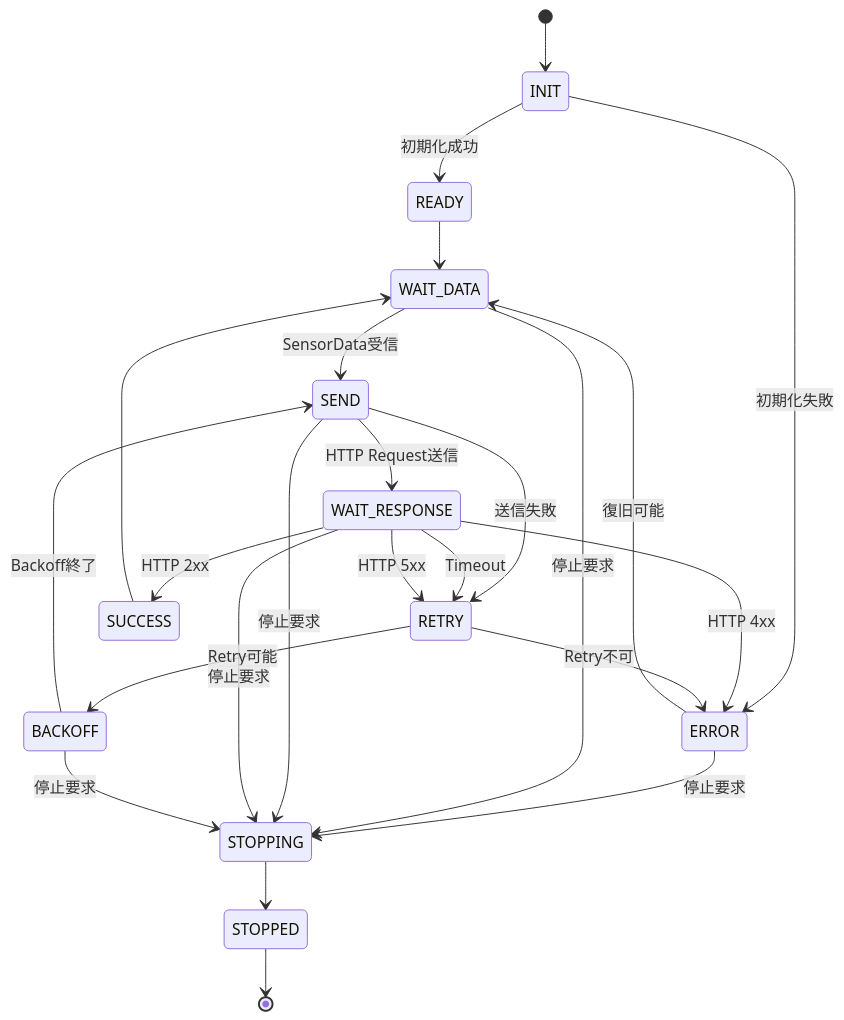
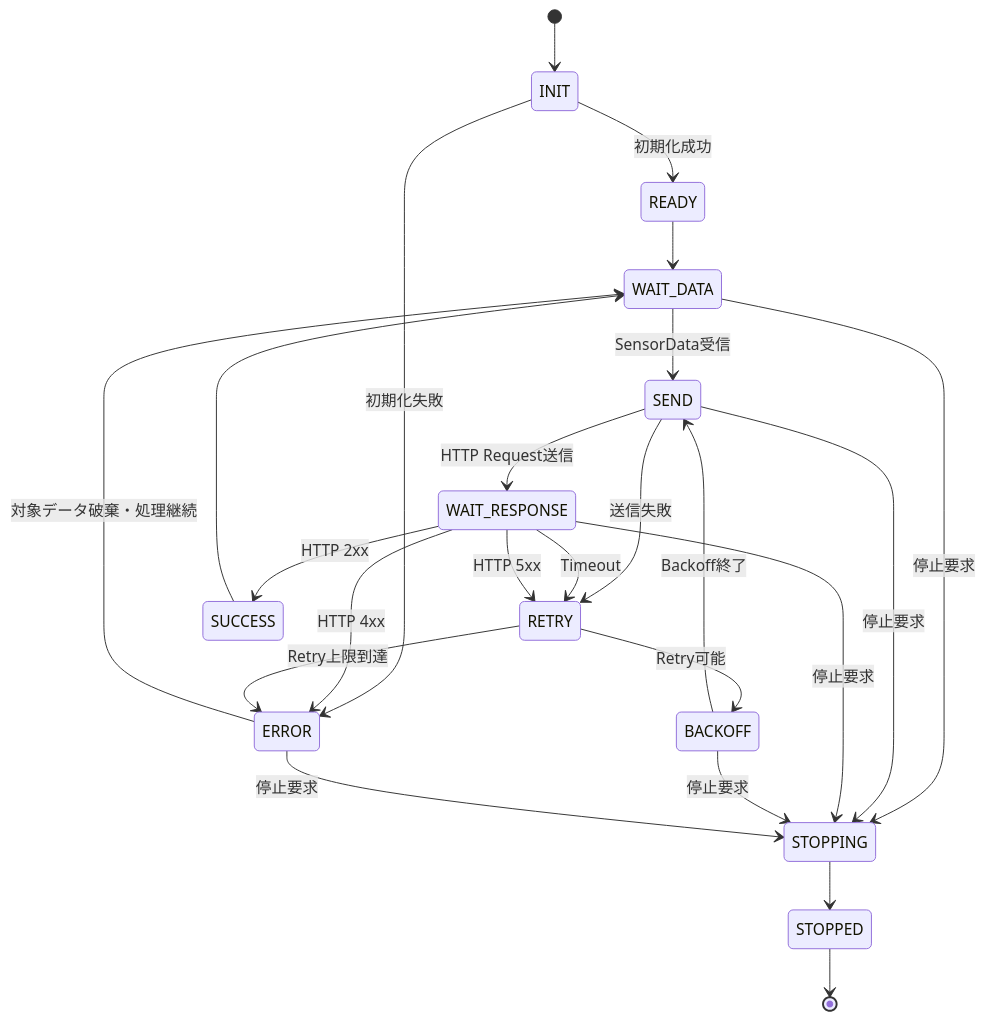
The second of 46 diagrams in docs/05_operation_recovery.md (yujimasuda77777/Raspberry_Pi_4B_Edge_IoT_System), drawn with Mermaid before and after one commit. The commit also changed other lines of this file and 1 other file, not shown here.

````diff
--- a/docs/05_operation_recovery.md
+++ b/docs/05_operation_recovery.md
@@ -97,38 +97,35 @@
 ```mermaid
-
 stateDiagram-v2
     [*] --> INIT
 
     INIT --> READY : 初期化成功
     INIT --> ERROR : 初期化失敗
 
     READY --> WAIT_DATA
     WAIT_DATA --> SEND : SensorData受信
 
     SEND --> WAIT_RESPONSE : HTTP Request送信
     SEND --> RETRY : 送信失敗
 
     WAIT_RESPONSE --> SUCCESS : HTTP 2xx
     WAIT_RESPONSE --> RETRY : Timeout
     WAIT_RESPONSE --> RETRY : HTTP 5xx
     WAIT_RESPONSE --> ERROR : HTTP 4xx
 
     SUCCESS --> WAIT_DATA
+    ERROR --> WAIT_DATA : 対象データ破棄・処理継続
 
     RETRY --> BACKOFF : Retry可能
-    RETRY --> ERROR : Retry不可
+    RETRY --> ERROR : Retry上限到達
 
     BACKOFF --> SEND : Backoff終了
-
-    ERROR --> WAIT_DATA : 復旧可能
-    ERROR --> STOPPING : 停止要求
 
     WAIT_DATA --> STOPPING : 停止要求
     SEND --> STOPPING : 停止要求
     WAIT_RESPONSE --> STOPPING : 停止要求
     BACKOFF --> STOPPING : 停止要求
+    ERROR --> STOPPING : 停止要求
 
     STOPPING --> STOPPED
     STOPPED --> [*]
-
 ```
````
